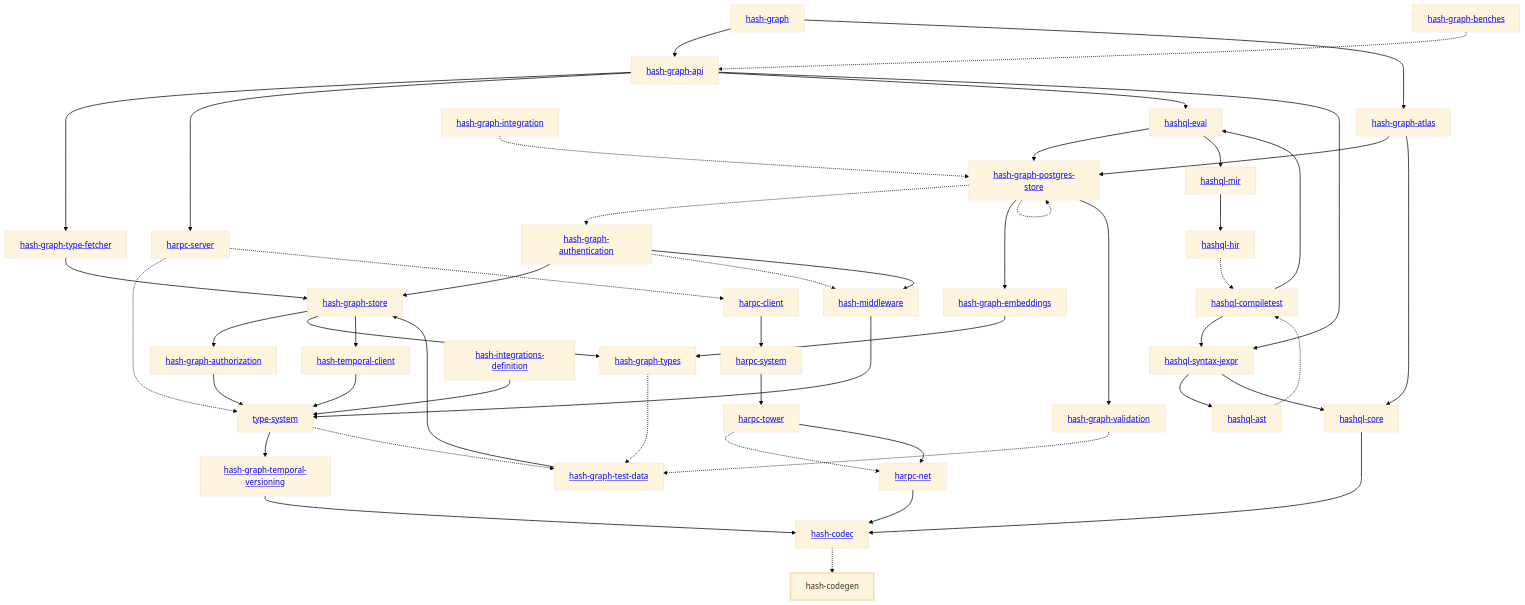
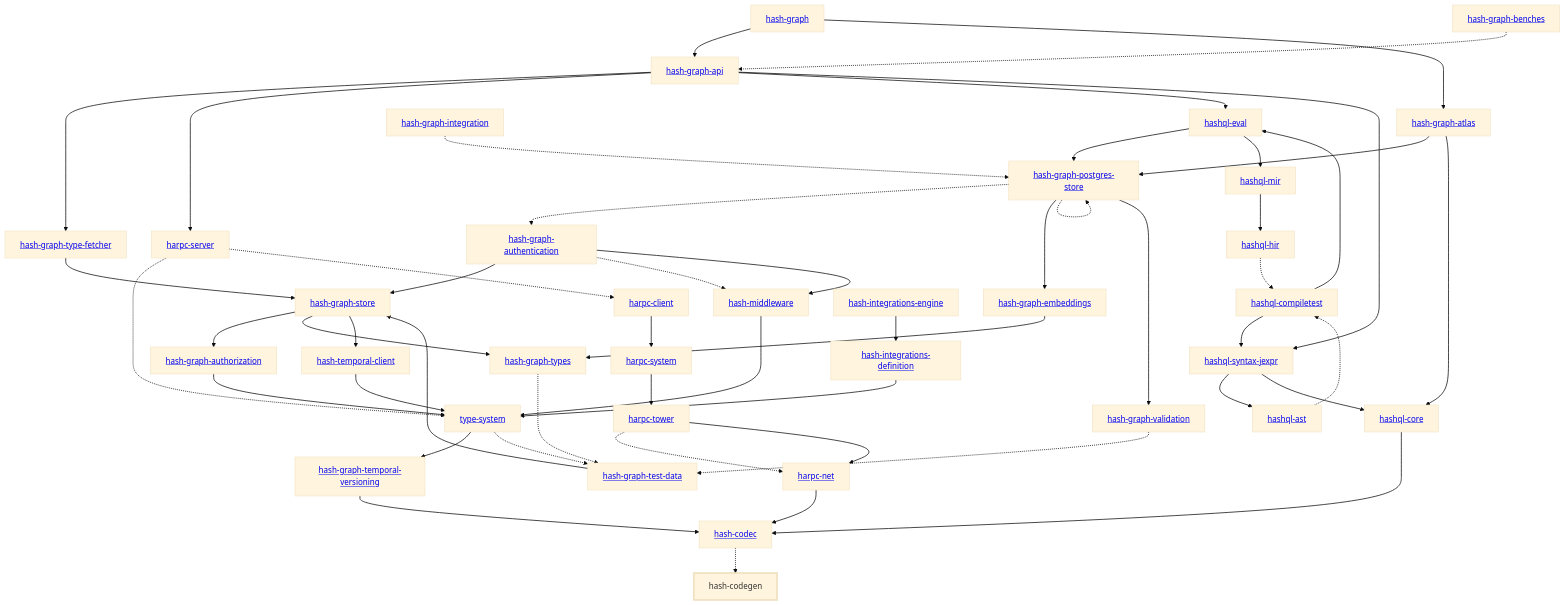
Before and after one commit to hashintel/hash: the diagram in libs/@local/codegen/docs/dependency-diagram.mmd, drawn with Mermaid (base theme). The commit also changed 19 other files, not shown here.

```diff
--- a/libs/@local/codegen/docs/dependency-diagram.mmd
+++ b/libs/@local/codegen/docs/dependency-diagram.mmd
@@ -1,94 +1,96 @@
 graph TD
     linkStyle default stroke-width:1.5px
     classDef default stroke-width:1px
     classDef root stroke-width:3px
     classDef dev stroke-width:1px
     classDef build stroke-width:1px
     %% Legend
     %% --> : Normal dependency
     %% -.-> : Dev dependency
     %% ---> : Build dependency
     0[<a href="../hash_graph/index.html">hash-graph</a>]
     1[<a href="../type_system/index.html">type-system</a>]
     2[<a href="../hash_codec/index.html">hash-codec</a>]
     3[hash-codegen]
     class 3 root
     4[<a href="../hash_graph_api/index.html">hash-graph-api</a>]
     5[<a href="../hash_graph_atlas/index.html">hash-graph-atlas</a>]
     6[<a href="../hash_graph_authentication/index.html">hash-graph-authentication</a>]
     7[<a href="../hash_graph_authorization/index.html">hash-graph-authorization</a>]
     8[<a href="../hash_graph_embeddings/index.html">hash-graph-embeddings</a>]
     9[<a href="../hash_graph_postgres_store/index.html">hash-graph-postgres-store</a>]
     10[<a href="../hash_graph_store/index.html">hash-graph-store</a>]
     11[<a href="../hash_graph_temporal_versioning/index.html">hash-graph-temporal-versioning</a>]
     12[<a href="../hash_graph_type_fetcher/index.html">hash-graph-type-fetcher</a>]
     13[<a href="../hash_graph_types/index.html">hash-graph-types</a>]
     14[<a href="../hash_graph_validation/index.html">hash-graph-validation</a>]
     15[<a href="../harpc_client/index.html">harpc-client</a>]
     16[<a href="../harpc_net/index.html">harpc-net</a>]
     17[<a href="../harpc_server/index.html">harpc-server</a>]
     18[<a href="../harpc_system/index.html">harpc-system</a>]
     19[<a href="../harpc_tower/index.html">harpc-tower</a>]
     20[<a href="../hashql_ast/index.html">hashql-ast</a>]
     21[<a href="../hashql_compiletest/index.html">hashql-compiletest</a>]
     22[<a href="../hashql_core/index.html">hashql-core</a>]
     23[<a href="../hashql_eval/index.html">hashql-eval</a>]
     24[<a href="../hashql_hir/index.html">hashql-hir</a>]
     25[<a href="../hashql_mir/index.html">hashql-mir</a>]
     26[<a href="../hashql_syntax_jexpr/index.html">hashql-syntax-jexpr</a>]
     27[<a href="../hash_integrations_definition/index.html">hash-integrations-definition</a>]
-    28[<a href="../hash_middleware/index.html">hash-middleware</a>]
-    29[<a href="../hash_temporal_client/index.html">hash-temporal-client</a>]
-    30[<a href="../hash_graph_benches/index.html">hash-graph-benches</a>]
-    31[<a href="../hash_graph_integration/index.html">hash-graph-integration</a>]
-    32[<a href="../hash_graph_test_data/index.html">hash-graph-test-data</a>]
+    28[<a href="../hash_integrations_engine/index.html">hash-integrations-engine</a>]
+    29[<a href="../hash_middleware/index.html">hash-middleware</a>]
+    30[<a href="../hash_temporal_client/index.html">hash-temporal-client</a>]
+    31[<a href="../hash_graph_benches/index.html">hash-graph-benches</a>]
+    32[<a href="../hash_graph_integration/index.html">hash-graph-integration</a>]
+    33[<a href="../hash_graph_test_data/index.html">hash-graph-test-data</a>]
     0 --> 4
     0 --> 5
     1 --> 11
-    1 -.-> 32
+    1 -.-> 33
     2 -.-> 3
     4 --> 12
     4 --> 17
     4 --> 23
     4 --> 26
     5 --> 9
     5 --> 22
     6 --> 10
-    6 -.-> 28
-    6 --> 28
+    6 -.-> 29
+    6 --> 29
     7 --> 1
     8 --> 13
     9 -.-> 6
     9 --> 8
     9 -.-> 9
     9 --> 14
     10 --> 7
     10 --> 13
-    10 --> 29
+    10 --> 30
     11 --> 2
     12 --> 10
-    13 -.-> 32
-    14 -.-> 32
+    13 -.-> 33
+    14 -.-> 33
     15 --> 18
     16 --> 2
     17 -.-> 1
     17 -.-> 15
     18 --> 19
     19 -.-> 16
     19 --> 16
     20 -.-> 21
     21 --> 23
     21 --> 26
     22 --> 2
     23 --> 9
     23 --> 25
     24 -.-> 21
     25 --> 24
     26 --> 20
     26 --> 22
     27 --> 1
-    28 --> 1
+    28 --> 27
     29 --> 1
-    30 -.-> 4
-    31 -.-> 9
-    32 --> 10
+    30 --> 1
+    31 -.-> 4
+    32 -.-> 9
+    33 --> 10
```
